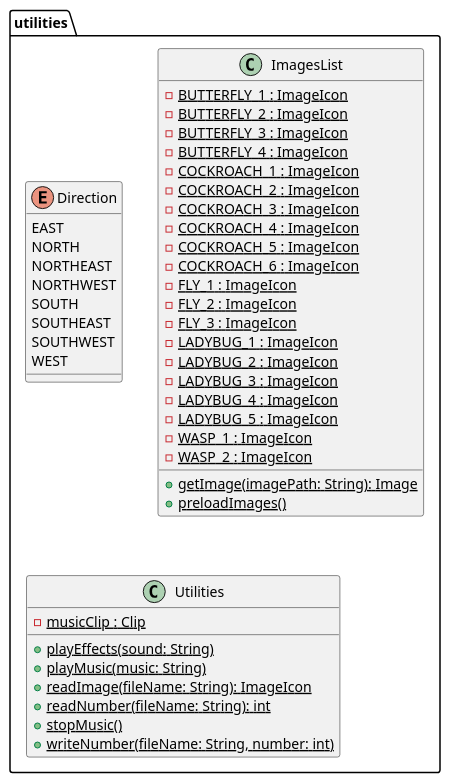
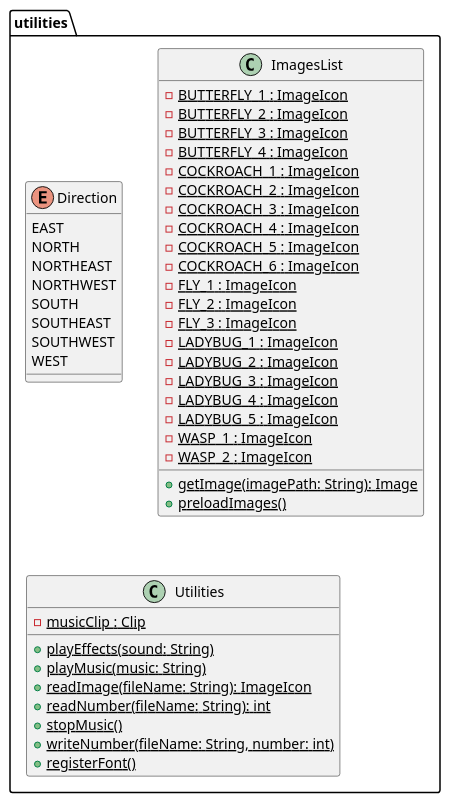
One commit to lcintini/JFlySwatter changed the diagram in out/production/JFlySwatter/utilities/utilities.plantuml. Above: the diagram before and after it, drawn with PlantUML. The commit also changed 54 other files, not shown here.

```diff
--- a/out/production/JFlySwatter/utilities/utilities.plantuml
+++ b/out/production/JFlySwatter/utilities/utilities.plantuml
@@ -1,58 +1,59 @@
 @startuml
 
   namespace utilities {
       enum Direction {
         EAST
         NORTH
         NORTHEAST
         NORTHWEST
         SOUTH
         SOUTHEAST
         SOUTHWEST
         WEST
       }
     }
   
 
   namespace utilities {
       class utilities.ImagesList {
           {static} - BUTTERFLY_1 : ImageIcon
           {static} - BUTTERFLY_2 : ImageIcon
           {static} - BUTTERFLY_3 : ImageIcon
           {static} - BUTTERFLY_4 : ImageIcon
           {static} - COCKROACH_1 : ImageIcon
           {static} - COCKROACH_2 : ImageIcon
           {static} - COCKROACH_3 : ImageIcon
           {static} - COCKROACH_4 : ImageIcon
           {static} - COCKROACH_5 : ImageIcon
           {static} - COCKROACH_6 : ImageIcon
           {static} - FLY_1 : ImageIcon
           {static} - FLY_2 : ImageIcon
           {static} - FLY_3 : ImageIcon
           {static} - LADYBUG_1 : ImageIcon
           {static} - LADYBUG_2 : ImageIcon
           {static} - LADYBUG_3 : ImageIcon
           {static} - LADYBUG_4 : ImageIcon
           {static} - LADYBUG_5 : ImageIcon
           {static} - WASP_1 : ImageIcon
           {static} - WASP_2 : ImageIcon
           {static} + getImage(imagePath: String): Image
           {static} + preloadImages()
       }
     }
   
 
   namespace utilities {
       class utilities.Utilities {
           {static} - musicClip : Clip
           {static} + playEffects(sound: String)
           {static} + playMusic(music: String)
           {static} + readImage(fileName: String): ImageIcon
           {static} + readNumber(fileName: String): int
           {static} + stopMusic()
           {static} + writeNumber(fileName: String, number: int)
+          {static} + registerFont()
       }
     }
 
 
 @enduml
```
